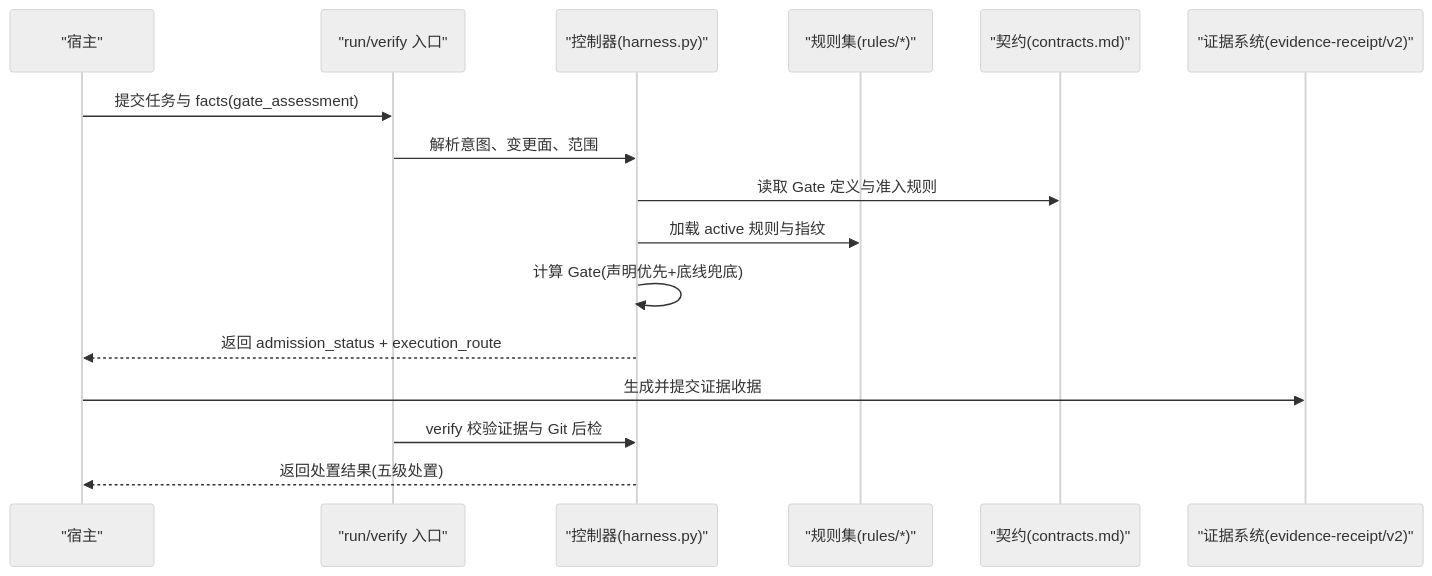
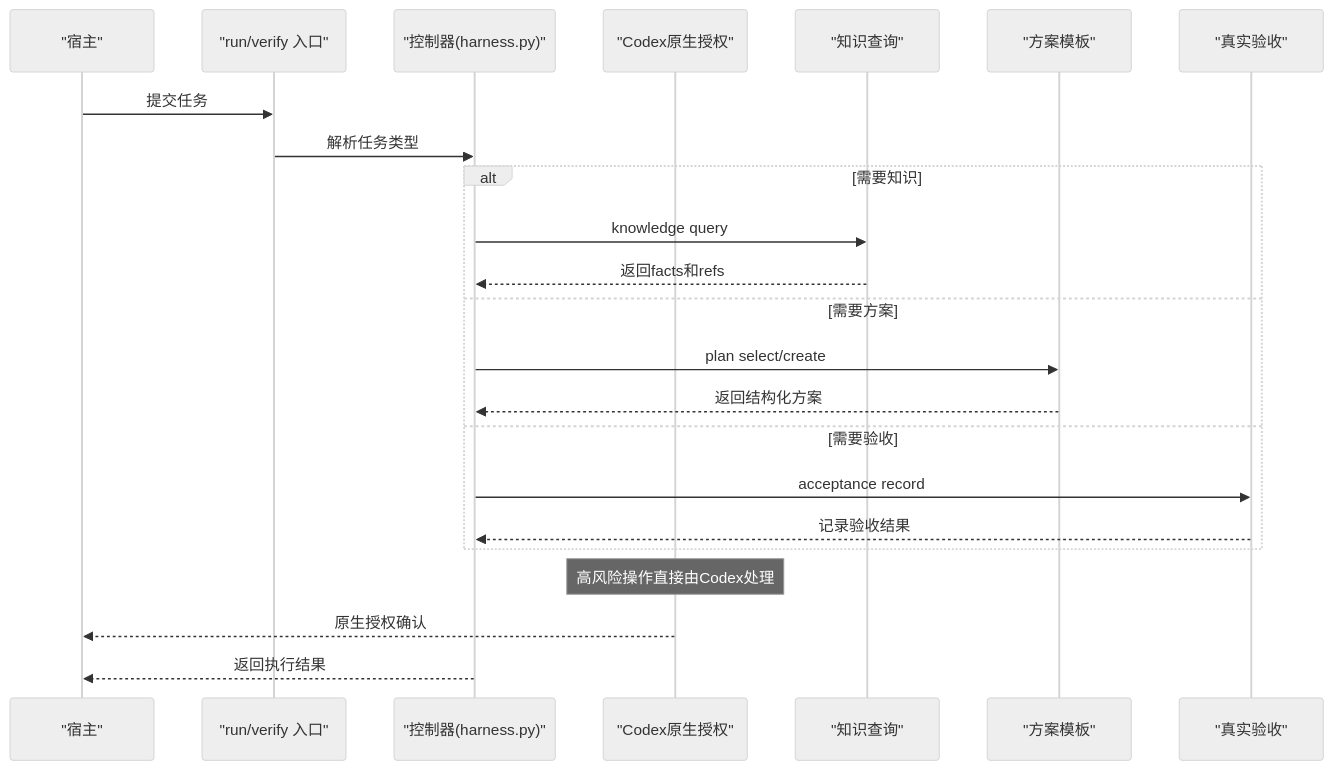
Before and after one commit to HackSing/docs-harness: the second of 4 diagrams in .qoder/repowiki/zh/content/核心概念/风险门控系统/风险门控系统.md, drawn with Mermaid (neutral theme). The commit also changed other lines of this file and 42 other files, not shown here.

````diff
--- a/.qoder/repowiki/zh/content/核心概念/风险门控系统/风险门控系统.md
+++ b/.qoder/repowiki/zh/content/核心概念/风险门控系统/风险门控系统.md
@@ -85,18 +89,25 @@
 ```mermaid
 sequenceDiagram
 participant Host as "宿主"
 participant CLI as "run/verify 入口"
 participant Controller as "控制器(harness.py)"
-participant Rules as "规则集(rules/*)"
-participant Contract as "契约(contracts.md)"
-participant Evidence as "证据系统(evidence-receipt/v2)"
-Host->>CLI : 提交任务与 facts(gate_assessment)
-CLI->>Controller : 解析意图、变更面、范围
-Controller->>Contract : 读取 Gate 定义与准入规则
-Controller->>Rules : 加载 active 规则与指纹
-Controller->>Controller : 计算 Gate(声明优先+底线兜底)
-Controller-->>Host : 返回 admission_status + execution_route
-Host->>Evidence : 生成并提交证据收据
-CLI->>Controller : verify 校验证据与 Git 后检
-Controller-->>Host : 返回处置结果(五级处置)
+participant Codex as "Codex原生授权"
+participant Knowledge as "知识查询"
+participant Plan as "方案模板"
+participant Acceptance as "真实验收"
+Host->>CLI : 提交任务
+CLI->>Controller : 解析任务类型
+alt 需要知识
+Controller->>Knowledge : knowledge query
+Knowledge-->>Controller : 返回facts和refs
+else 需要方案
+Controller->>Plan : plan select/create
+Plan-->>Controller : 返回结构化方案
+else 需要验收
+Controller->>Acceptance : acceptance record
+Acceptance-->>Controller : 记录验收结果
+end
+Note over Codex : 高风险操作直接由Codex处理
+Codex-->>Host : 原生授权确认
+Controller-->>Host : 返回执行结果
 ```
````
